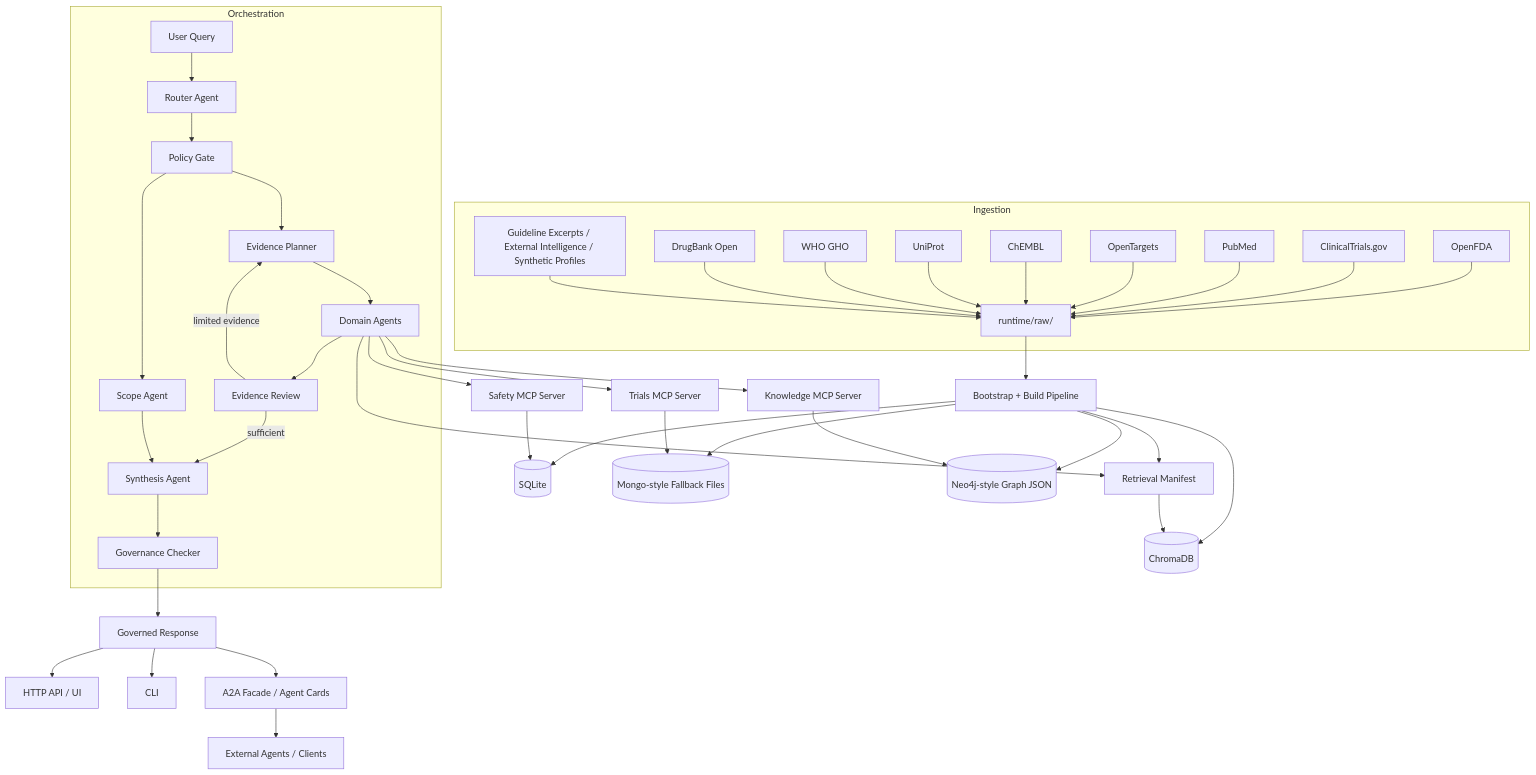
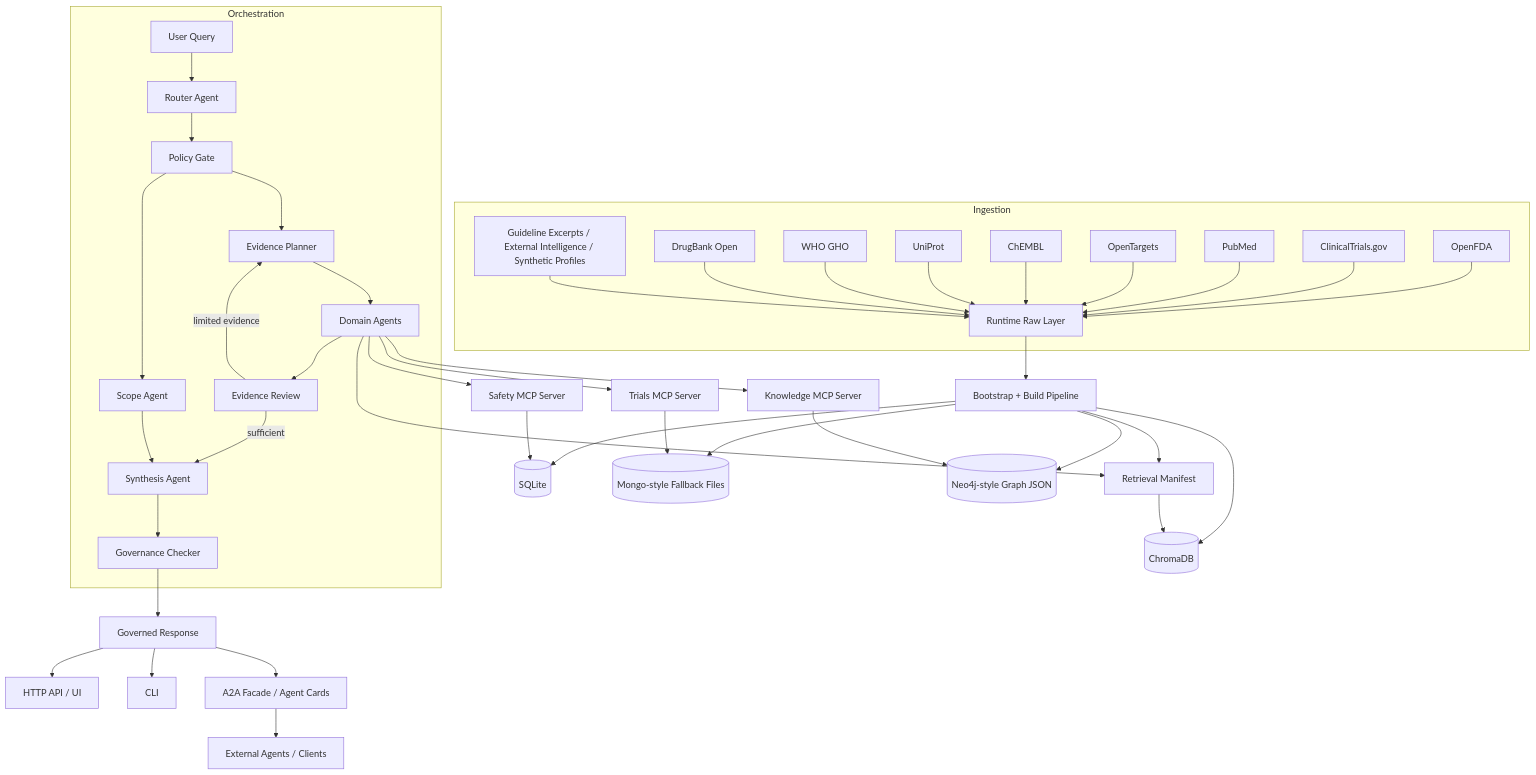
One commit to uleso26/DEIA-26 changed the diagram in README.md. Above: the diagram before and after it, drawn with Mermaid. The commit also changed other lines of this file, not shown here.

````diff
--- a/README.md
+++ b/README.md
@@ -22,50 +22,50 @@
 ```mermaid
 graph TD
     subgraph Ingestion
-        S1[OpenFDA] --> RAW[runtime/raw/]
+        S1[OpenFDA] --> RAW[Runtime Raw Layer]
         S2[ClinicalTrials.gov] --> RAW
         S3[PubMed] --> RAW
         S4[OpenTargets] --> RAW
         S5[ChEMBL] --> RAW
         S6[UniProt] --> RAW
         S7[WHO GHO] --> RAW
         S8[DrugBank Open] --> RAW
         S9[Guideline Excerpts / External Intelligence / Synthetic Profiles] --> RAW
     end
 
     RAW --> BUILD[Bootstrap + Build Pipeline]
     BUILD --> SQLITE[(SQLite)]
     BUILD --> MONGOFILE[(Mongo-style Fallback Files)]
     BUILD --> NEO4JFILE[(Neo4j-style Graph JSON)]
     BUILD --> RETRIEVAL[Retrieval Manifest]
     BUILD --> CHROMA[(ChromaDB)]
 
     subgraph Orchestration
         QUERY[User Query] --> ROUTER[Router Agent]
         ROUTER --> POLICY[Policy Gate]
         POLICY --> PLANNER[Evidence Planner]
         POLICY --> SCOPE[Scope Agent]
         PLANNER --> AGENTS[Domain Agents]
         AGENTS --> REVIEW[Evidence Review]
         REVIEW -->|limited evidence| PLANNER
         REVIEW -->|sufficient| SYNTH[Synthesis Agent]
         SCOPE --> SYNTH
         SYNTH --> GOV[Governance Checker]
     end
 
     AGENTS --> MCP_S[Safety MCP Server]
     AGENTS --> MCP_T[Trials MCP Server]
     AGENTS --> MCP_K[Knowledge MCP Server]
 
     MCP_S --> SQLITE
     MCP_T --> MONGOFILE
     MCP_K --> NEO4JFILE
     AGENTS --> RETRIEVAL
     RETRIEVAL --> CHROMA
 
     GOV --> RESPONSE[Governed Response]
     RESPONSE --> HTTP[HTTP API / UI]
     RESPONSE --> CLI[CLI]
     RESPONSE --> A2A[A2A Facade / Agent Cards]
     A2A --> EXT[External Agents / Clients]
 ```
````
